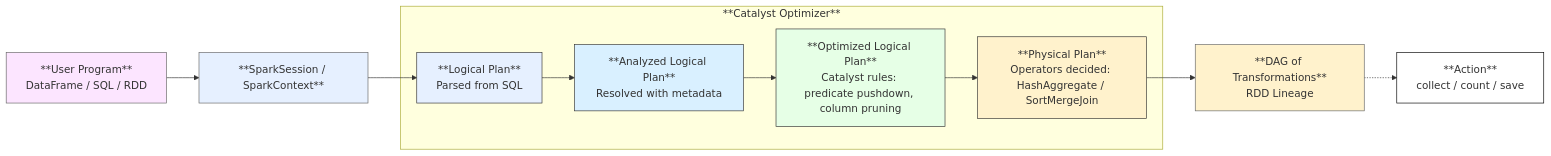
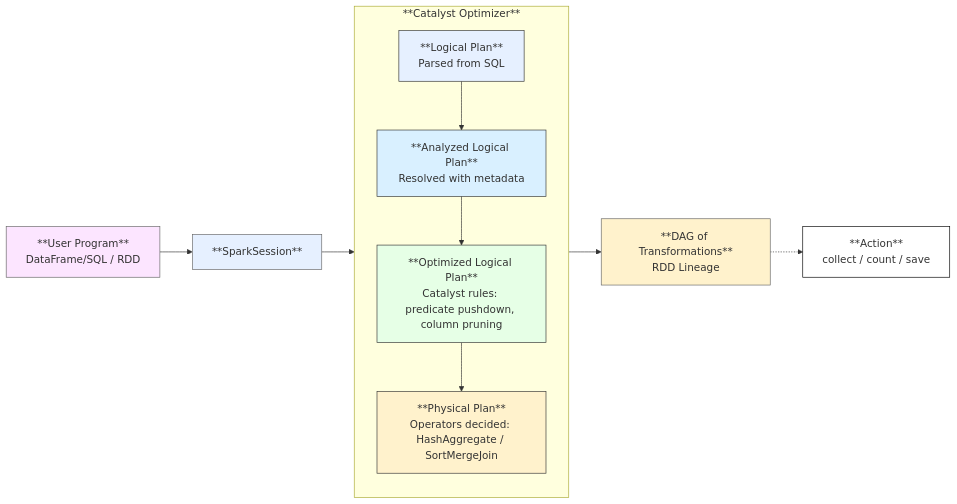
One commit to blaire101/Spark-Journey-2025 changed the first of 13 diagrams in README.md. Above: the diagram before and after it, drawn with Mermaid.

````diff
--- a/README.md
+++ b/README.md
@@ -35,37 +35,41 @@
 ```mermaid
 flowchart LR
-    A[**User Program**<br/>DataFrame / SQL / RDD] --> B[**SparkSession / SparkContext**]
+    A[**User Program**<br/>DataFrame/SQL / RDD] --> B[**SparkSession**]
 
     %% Catalyst Optimizer subgraph
     subgraph C[**Catalyst Optimizer**]
-        C1[**Logical Plan**<br/>Parsed from SQL] --> C2[**Analyzed Logical Plan**<br/>Resolved with metadata]
-        C2 --> C3[**Optimized Logical Plan**<br/>Catalyst rules: predicate pushdown, column pruning]
-        C3 --> C4[**Physical Plan**<br/>Operators decided: HashAggregate / SortMergeJoin]
+        direction TB
+        C1[**Logical Plan**<br/>Parsed from SQL]
+        C2[**Analyzed Logical Plan**<br/>Resolved with metadata]
+        C3[**Optimized Logical Plan**<br/>Catalyst rules: predicate pushdown, column pruning]
+        C4[**Physical Plan**<br/>Operators decided: HashAggregate / SortMergeJoin]
+
+        C1 --> C2 --> C3 --> C4
     end
 
     B --> C1
     C4 --> X[**DAG of Transformations**<br/>RDD Lineage]
 
     X -.-> Y[**Action**<br/>collect / count / save]
 
     %% === Color classes ===
     classDef user fill:#fce5ff,stroke:#666,stroke-width:1px;
     classDef context fill:#e6f0ff,stroke:#666,stroke-width:1px;
     classDef logical fill:#e6f0ff,stroke:#333,stroke-width:1px;
     classDef analyzed fill:#d9f0ff,stroke:#333,stroke-width:1px;
     classDef optimized fill:#e6ffe6,stroke:#333,stroke-width:1px;
     classDef physical fill:#fff2cc,stroke:#333,stroke-width:1px;
     classDef dag fill:#fff2cc,stroke:#666,stroke-width:1px;
 
     %% Assign styles
     class A user;
     class B context;
     class C1 logical;
     class C2 analyzed;
     class C3 optimized;
     class C4 physical;
     class X dag;
 
     %% Make Action node black & white
     style Y fill:#ffffff,stroke:#000000,stroke-width:1px;
 ```
````
